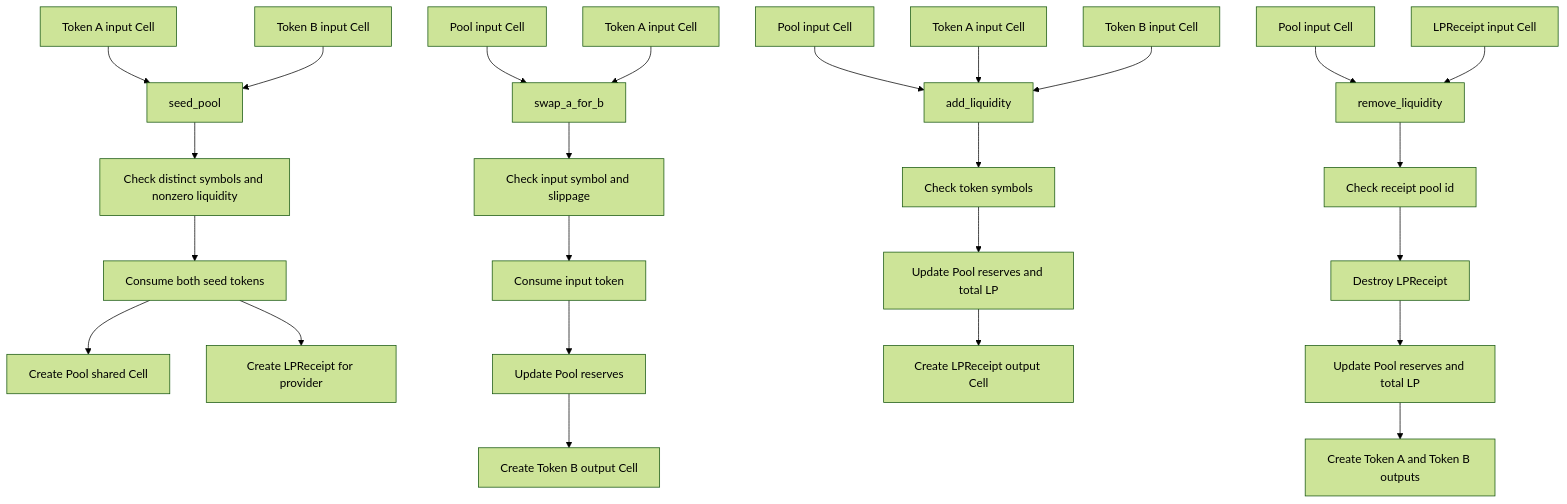
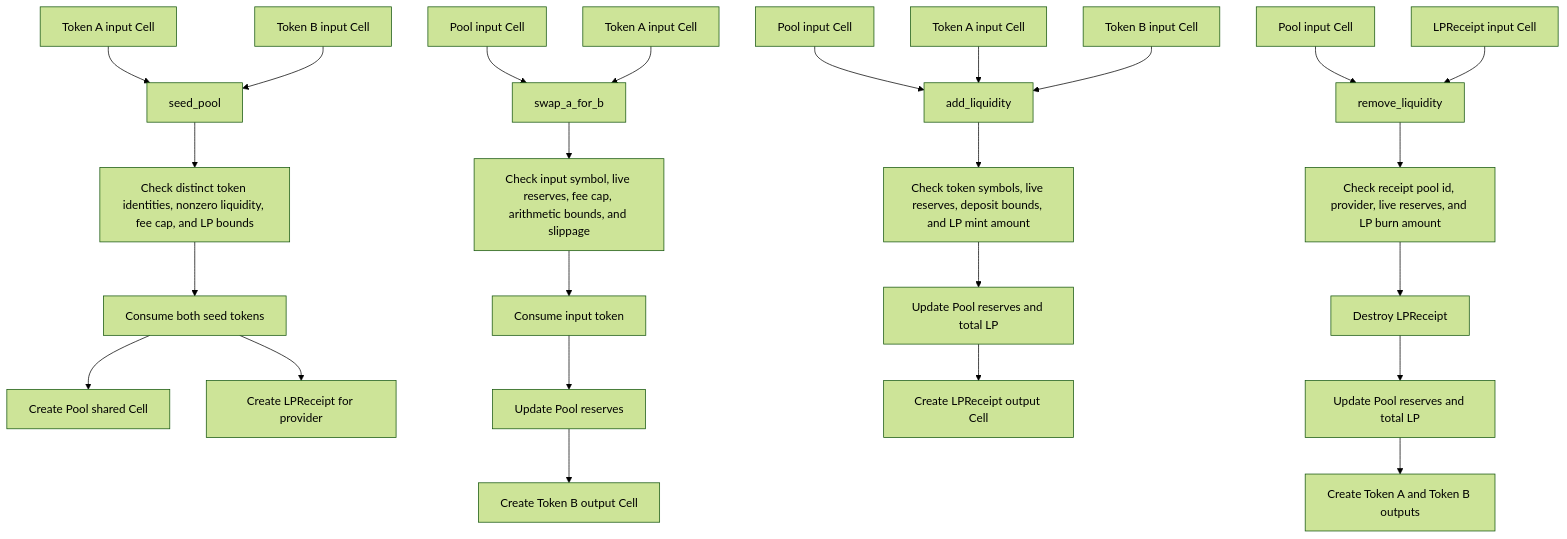
The second of 12 diagrams in cellscript/docs/CELLSCRIPT_EXAMPLE_BUSINESS_FLOWS.md (Myelin-Labs/Myelin), drawn with Mermaid (forest theme) before and after one commit. The commit also changed other lines of this file and 535 other files, not shown here.

````diff
--- a/cellscript/docs/CELLSCRIPT_EXAMPLE_BUSINESS_FLOWS.md
+++ b/cellscript/docs/CELLSCRIPT_EXAMPLE_BUSINESS_FLOWS.md
@@ -91,30 +91,30 @@
 ```mermaid
 flowchart TD
     A["Token A input Cell"] --> B["seed_pool"]
     C["Token B input Cell"] --> B
-    B --> D["Check distinct symbols and nonzero liquidity"]
+    B --> D["Check distinct token identities, nonzero liquidity, fee cap, and LP bounds"]
     D --> E["Consume both seed tokens"]
     E --> F["Create Pool shared Cell"]
     E --> G["Create LPReceipt for provider"]
 
     H["Pool input Cell"] --> I["swap_a_for_b"]
     J["Token A input Cell"] --> I
-    I --> K["Check input symbol and slippage"]
+    I --> K["Check input symbol, live reserves, fee cap, arithmetic bounds, and slippage"]
     K --> L["Consume input token"]
     L --> M["Update Pool reserves"]
     M --> N["Create Token B output Cell"]
 
     O["Pool input Cell"] --> P["add_liquidity"]
     Q["Token A input Cell"] --> P
     R["Token B input Cell"] --> P
-    P --> S["Check token symbols"]
+    P --> S["Check token symbols, live reserves, deposit bounds, and LP mint amount"]
     S --> T["Update Pool reserves and total LP"]
     T --> U["Create LPReceipt output Cell"]
 
     V["Pool input Cell"] --> W["remove_liquidity"]
     X["LPReceipt input Cell"] --> W
-    W --> Y["Check receipt pool id"]
+    W --> Y["Check receipt pool id, provider, live reserves, and LP burn amount"]
     Y --> Z["Destroy LPReceipt"]
     Z --> AA["Update Pool reserves and total LP"]
     AA --> AB["Create Token A and Token B outputs"]
 ```
````
